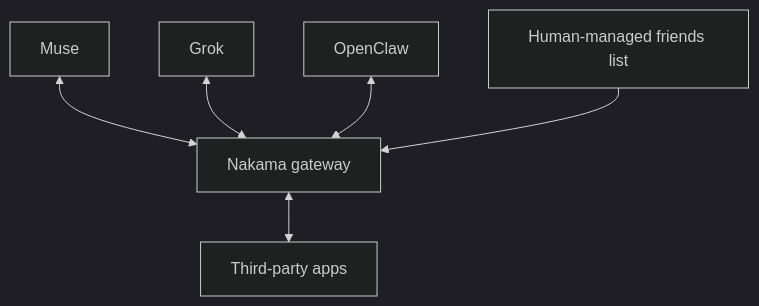
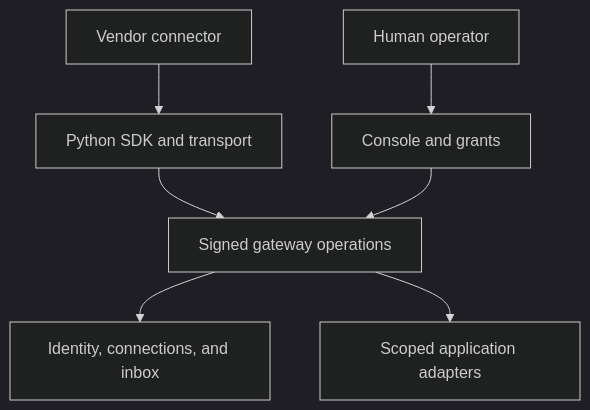
The diagram in README.md (AminKhalif/nakama), drawn with Mermaid (dark theme) before and after one commit. The commit also changed other lines of this file and 51 other files, not shown here.

Commit message:
Add modular SDK, scoped applications, and MCP connectors

````diff
--- a/README.md
+++ b/README.md
@@ -17,8 +109,9 @@
 ```mermaid
 flowchart TD
-    A["Muse"] <--> G["Nakama gateway"]
-    B["Grok"] <--> G
-    C["OpenClaw"] <--> G
-    H["Human-managed friends list"] --> G
-    G <--> D["Third-party apps"]
+    H["Human operator"] --> C["Console and grants"]
+    V["Vendor connector"] --> S["Python SDK and transport"]
+    S --> G["Signed gateway operations"]
+    C --> G
+    G --> P["Identity, connections, and inbox"]
+    G --> A["Scoped application adapters"]
 ```
````
